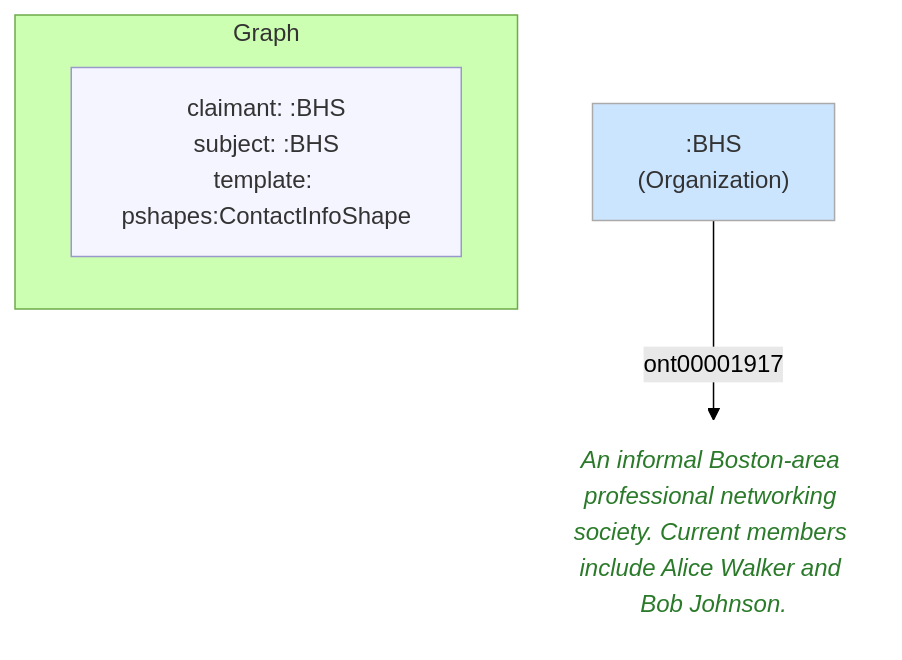
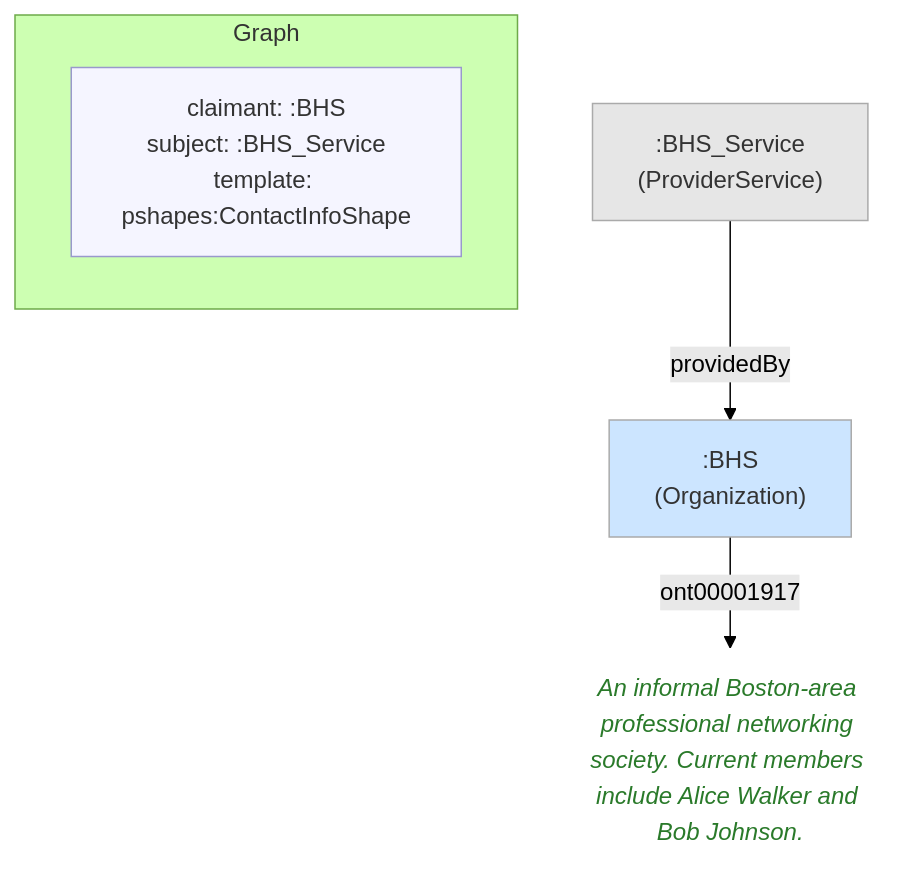
One commit to MeeFoundation/mia-ontologies changed the diagram in example/graphs/images/graph-01.mmd. Above: the diagram before and after it, drawn with Mermaid (forest theme). The commit also changed 51 other files, not shown here.

```diff
--- a/example/graphs/images/graph-01.mmd
+++ b/example/graphs/images/graph-01.mmd
@@ -1,15 +1,18 @@
 flowchart TD
     classDef person fill:#fffacd,stroke:#aaa,color:#333
     classDef org    fill:#cce5ff,stroke:#aaa,color:#333
+    classDef service fill:#e6e6e6,stroke:#aaa,color:#333
     classDef lit    fill:none,stroke:none,font-style:italic,color:#2a7a2a
     classDef meta   fill:#f5f5ff,stroke:#9999cc,color:#333
 
     subgraph ctx["Graph"]
         direction LR
-        ctx_meta["claimant: :BHS\nsubject: :BHS\ntemplate: pshapes:ContactInfoShape"]:::meta
+        ctx_meta["claimant: :BHS\nsubject: :BHS_Service\ntemplate: pshapes:ContactInfoShape"]:::meta
     end
 
     n0644db9ef116[":BHS\n(Organization)"]:::org
-    nb40320d13138("An informal Boston-area professional networking society. Current members include Alice Walker and Bob Johnson."):::lit
+    ndef94ab3a90b("An informal Boston-area professional networking society. Current members include Alice Walker and Bob Johnson."):::lit
+    n4cd32c179607[":BHS_Service\n(ProviderService)"]:::service
 
-    n0644db9ef116 -->|"ont00001917"| nb40320d13138
+    n0644db9ef116 -->|"ont00001917"| ndef94ab3a90b
+    n4cd32c179607 -->|"providedBy"| n0644db9ef116
```
